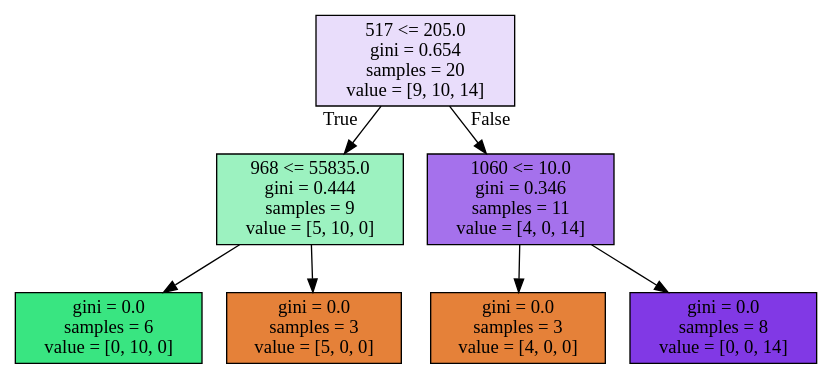
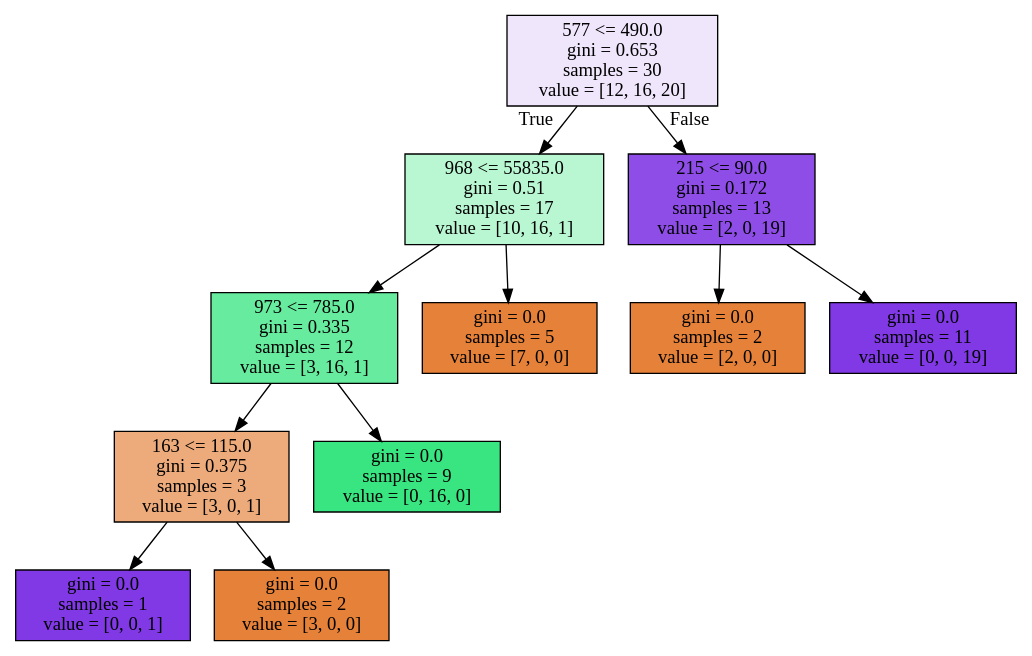
The diagram in analysis/ec2/1_outputs/rf_trees/tree_6.dot (swkang73/ecig), drawn with Graphviz before and after one commit. The commit also changed 225 other files, not shown here.

```diff
--- a/analysis/ec2/1_outputs/rf_trees/tree_6.dot
+++ b/analysis/ec2/1_outputs/rf_trees/tree_6.dot
@@ -1,16 +1,24 @@
 digraph Tree {
 node [shape=box, style="filled", color="black"] ;
-0 [label="517 <= 205.0\ngini = 0.654\nsamples = 20\nvalue = [9, 10, 14]", fillcolor="#8139e52c"] ;
-1 [label="968 <= 55835.0\ngini = 0.444\nsamples = 9\nvalue = [5, 10, 0]", fillcolor="#39e5817f"] ;
+0 [label="577 <= 490.0\ngini = 0.653\nsamples = 30\nvalue = [12, 16, 20]", fillcolor="#8139e520"] ;
+1 [label="968 <= 55835.0\ngini = 0.51\nsamples = 17\nvalue = [10, 16, 1]", fillcolor="#39e5815a"] ;
 0 -> 1 [labeldistance=2.5, labelangle=45, headlabel="True"] ;
-2 [label="gini = 0.0\nsamples = 6\nvalue = [0, 10, 0]", fillcolor="#39e581ff"] ;
+2 [label="973 <= 785.0\ngini = 0.335\nsamples = 12\nvalue = [3, 16, 1]", fillcolor="#39e581c3"] ;
 1 -> 2 ;
-3 [label="gini = 0.0\nsamples = 3\nvalue = [5, 0, 0]", fillcolor="#e58139ff"] ;
-1 -> 3 ;
-4 [label="1060 <= 10.0\ngini = 0.346\nsamples = 11\nvalue = [4, 0, 14]", fillcolor="#8139e5b6"] ;
-0 -> 4 [labeldistance=2.5, labelangle=-45, headlabel="False"] ;
-5 [label="gini = 0.0\nsamples = 3\nvalue = [4, 0, 0]", fillcolor="#e58139ff"] ;
-4 -> 5 ;
-6 [label="gini = 0.0\nsamples = 8\nvalue = [0, 0, 14]", fillcolor="#8139e5ff"] ;
-4 -> 6 ;
+3 [label="163 <= 115.0\ngini = 0.375\nsamples = 3\nvalue = [3, 0, 1]", fillcolor="#e58139aa"] ;
+2 -> 3 ;
+4 [label="gini = 0.0\nsamples = 1\nvalue = [0, 0, 1]", fillcolor="#8139e5ff"] ;
+3 -> 4 ;
+5 [label="gini = 0.0\nsamples = 2\nvalue = [3, 0, 0]", fillcolor="#e58139ff"] ;
+3 -> 5 ;
+6 [label="gini = 0.0\nsamples = 9\nvalue = [0, 16, 0]", fillcolor="#39e581ff"] ;
+2 -> 6 ;
+7 [label="gini = 0.0\nsamples = 5\nvalue = [7, 0, 0]", fillcolor="#e58139ff"] ;
+1 -> 7 ;
+8 [label="215 <= 90.0\ngini = 0.172\nsamples = 13\nvalue = [2, 0, 19]", fillcolor="#8139e5e4"] ;
+0 -> 8 [labeldistance=2.5, labelangle=-45, headlabel="False"] ;
+9 [label="gini = 0.0\nsamples = 2\nvalue = [2, 0, 0]", fillcolor="#e58139ff"] ;
+8 -> 9 ;
+10 [label="gini = 0.0\nsamples = 11\nvalue = [0, 0, 19]", fillcolor="#8139e5ff"] ;
+8 -> 10 ;
 }
```
